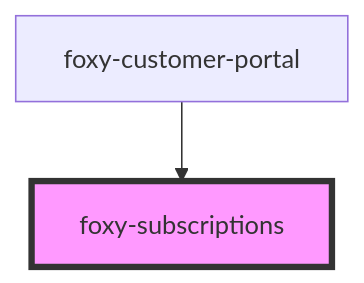
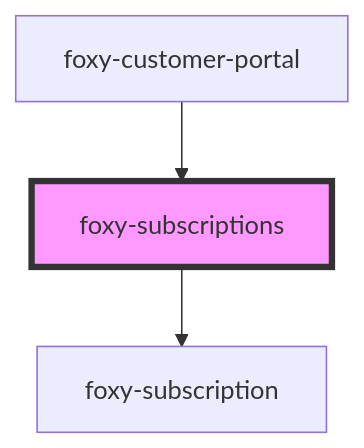
The diagram in src/components/subscriptions/readme.md (janevbentley/foxy-customer-portal), drawn with Mermaid before and after one commit. The commit also changed other lines of this file and 10 other files, not shown here.

Commit message:
feat: use foxy-subscription in foxy-subscriptions

````diff
--- a/src/components/subscriptions/readme.md
+++ b/src/components/subscriptions/readme.md
@@ -67,5 +71,6 @@
 ```mermaid
 graph TD;
+  foxy-subscriptions --> foxy-subscription
   foxy-customer-portal --> foxy-subscriptions
   style foxy-subscriptions fill:#f9f,stroke:#333,stroke-width:4px
 ```
````
